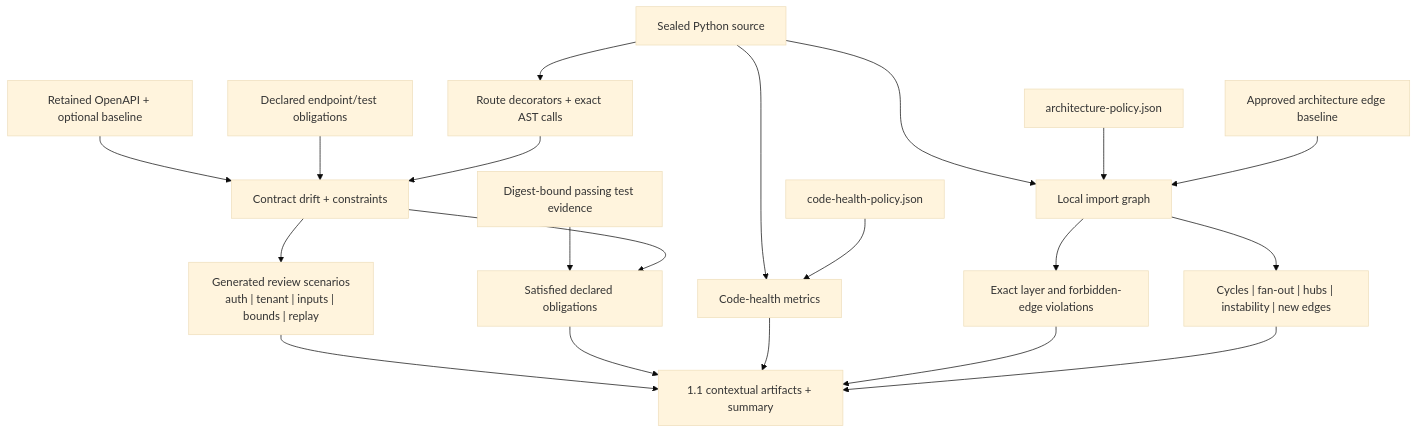
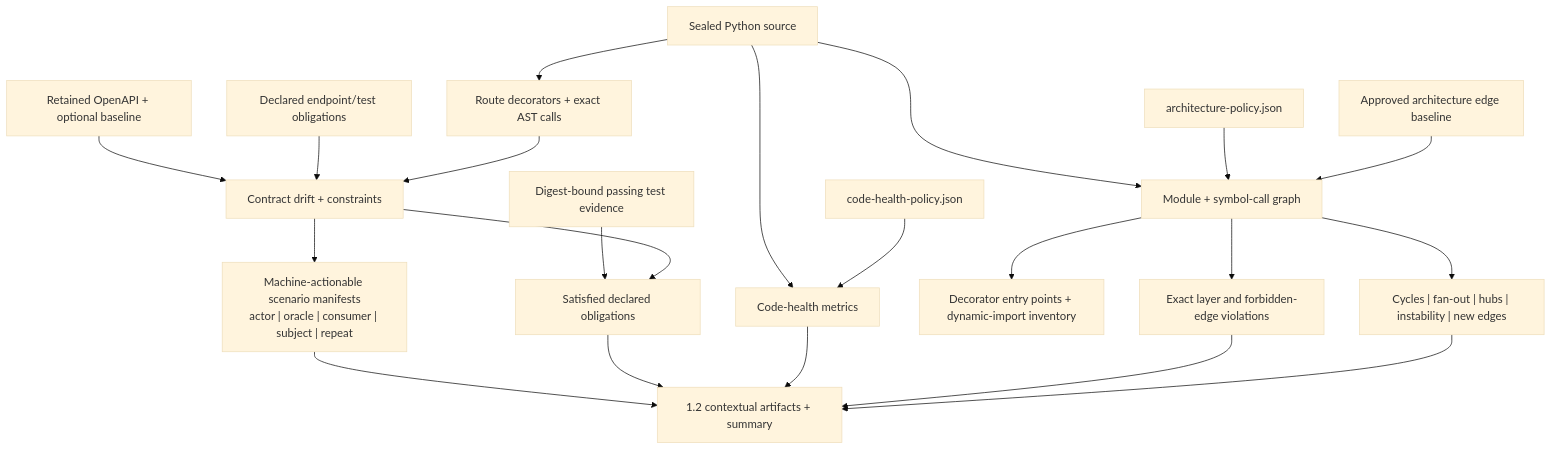
One commit to willtran87/project-py-security-suite changed the second of 2 diagrams in docs/analysis-accuracy.md. Above: the diagram before and after it, drawn with Mermaid (base theme). The commit also changed other lines of this file and 18 other files, not shown here.

Commit message:
feat: deepen semantic and architecture analysis

````diff
--- a/docs/analysis-accuracy.md
+++ b/docs/analysis-accuracy.md
@@ -44,24 +44,25 @@
 ```mermaid
 flowchart TB
     Source["Sealed Python source"] --> Routes["Route decorators + exact AST calls"]
     OpenAPI["Retained OpenAPI + optional baseline"] --> Contracts["Contract drift + constraints"]
     Declared["Declared endpoint/test obligations"] --> Contracts
     Routes --> Contracts
-    Contracts --> Scenarios["Generated review scenarios<br/>auth | tenant | inputs | bounds | replay"]
+    Contracts --> Scenarios["Machine-actionable scenario manifests<br/>actor | oracle | consumer | subject | repeat"]
     TestEvidence["Digest-bound passing test evidence"] --> Obligations["Satisfied declared obligations"]
     Contracts --> Obligations
 
     Source --> Health["Code-health metrics"]
     HealthPolicy["code-health-policy.json"] --> Health
-    Source --> Imports["Local import graph"]
+    Source --> Imports["Module + symbol-call graph"]
     ArchitecturePolicy["architecture-policy.json"] --> Imports
     Baseline["Approved architecture edge baseline"] --> Imports
+    Imports --> RuntimeShape["Decorator entry points + dynamic-import inventory"]
     Imports --> PolicyFindings["Exact layer and forbidden-edge violations"]
     Imports --> Heuristics["Cycles | fan-out | hubs | instability | new edges"]
 
-    Scenarios --> Report["1.1 contextual artifacts + summary"]
+    Scenarios --> Report["1.2 contextual artifacts + summary"]
     Obligations --> Report
     Health --> Report
     PolicyFindings --> Report
     Heuristics --> Report
 ```
````
